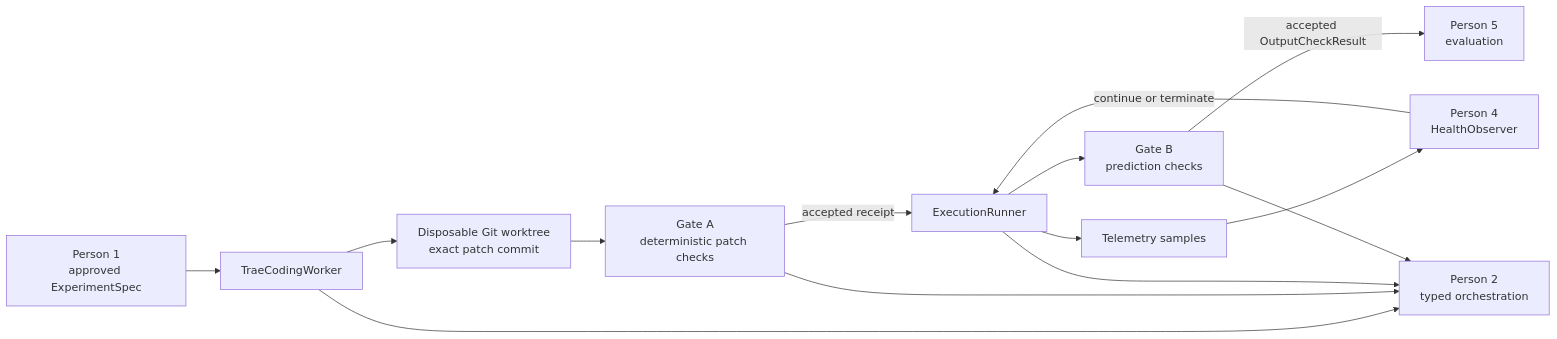
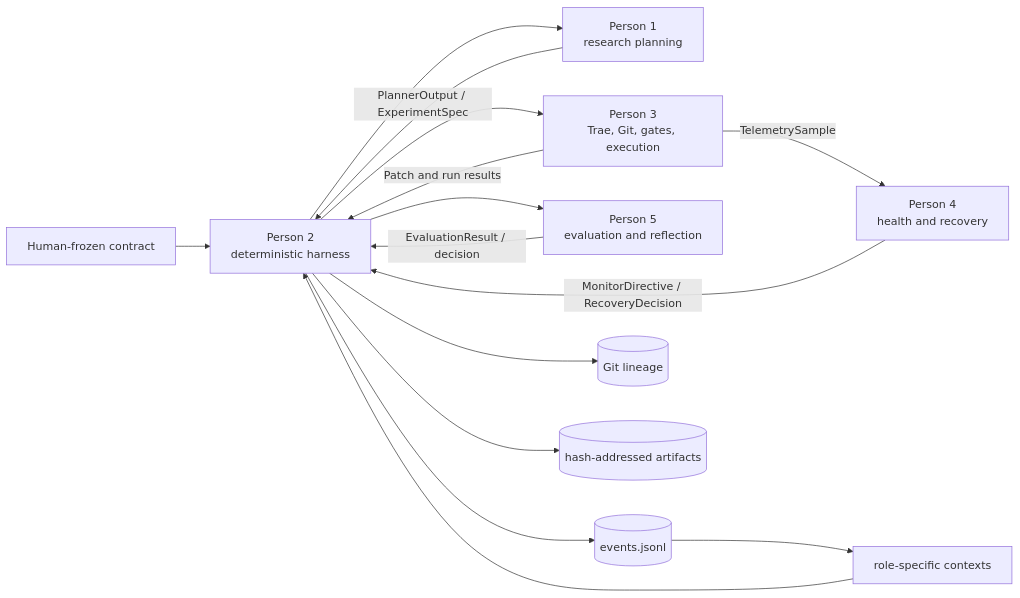
One commit to JellyPenguinnn/tacorank changed the diagram in README.md. Above: the diagram before and after it, drawn with Mermaid. The commit also changed other lines of this file, not shown here.

Commit message:
Document the complete TacoRank architecture

````diff
--- a/README.md
+++ b/README.md
@@ -11,16 +11,17 @@
 ```mermaid
 flowchart LR
-    P1[Person 1<br/>approved ExperimentSpec] --> C[TraeCodingWorker]
-    C --> G[Disposable Git worktree<br/>exact patch commit]
-    G --> A[Gate A<br/>deterministic patch checks]
-    A -->|accepted receipt| R[ExecutionRunner]
-    R --> T[Telemetry samples]
-    T --> P4[Person 4<br/>HealthObserver]
-    P4 -->|continue or terminate| R
-    R --> B[Gate B<br/>prediction checks]
-    B -->|accepted OutputCheckResult| P5[Person 5<br/>evaluation]
-    C --> P2[Person 2<br/>typed orchestration]
-    A --> P2
-    R --> P2
-    B --> P2
+    H[Human-frozen contract] --> O[Person 2<br/>deterministic harness]
+    O --> P1[Person 1<br/>research planning]
+    P1 -->|PlannerOutput / ExperimentSpec| O
+    O --> P3[Person 3<br/>Trae, Git, gates, execution]
+    P3 -->|TelemetrySample| P4[Person 4<br/>health and recovery]
+    P4 -->|MonitorDirective / RecoveryDecision| O
+    P3 -->|Patch and run results| O
+    O --> P5[Person 5<br/>evaluation and reflection]
+    P5 -->|EvaluationResult / decision| O
+    O --> E[(events.jsonl)]
+    O --> G[(Git lineage)]
+    O --> A[(hash-addressed artifacts)]
+    E --> C[role-specific contexts]
+    C --> O
 ```
````
